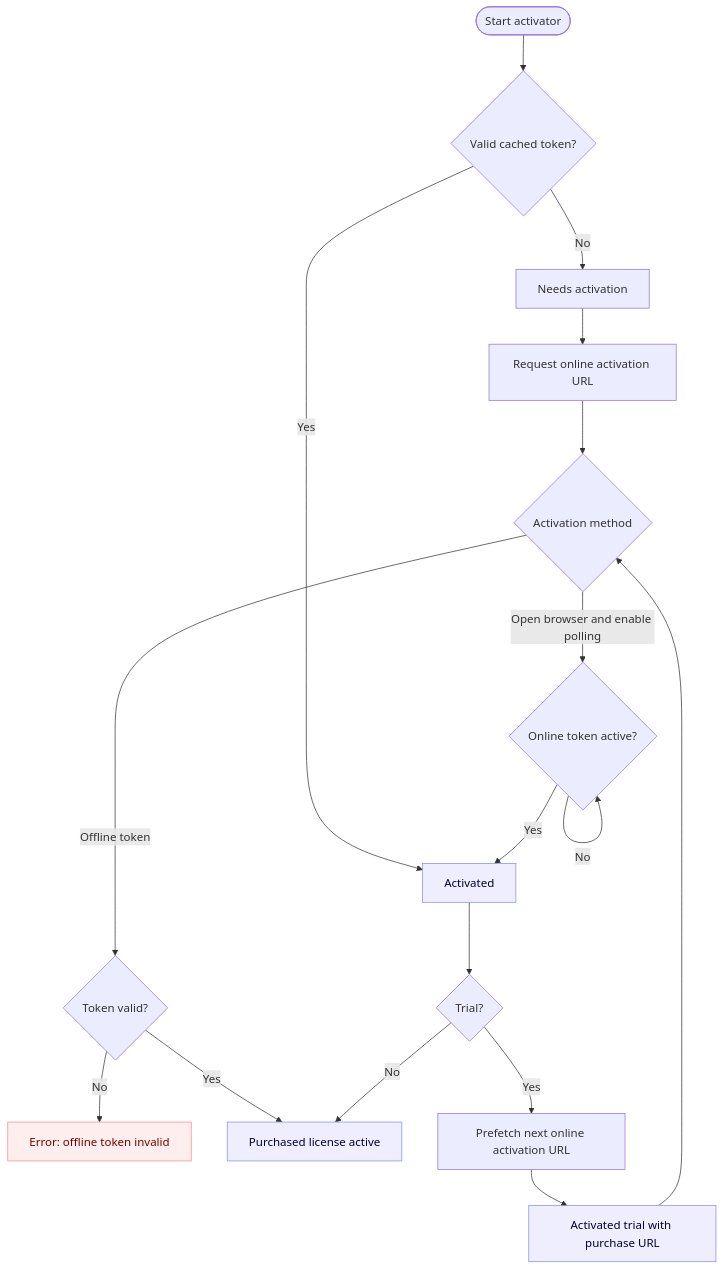
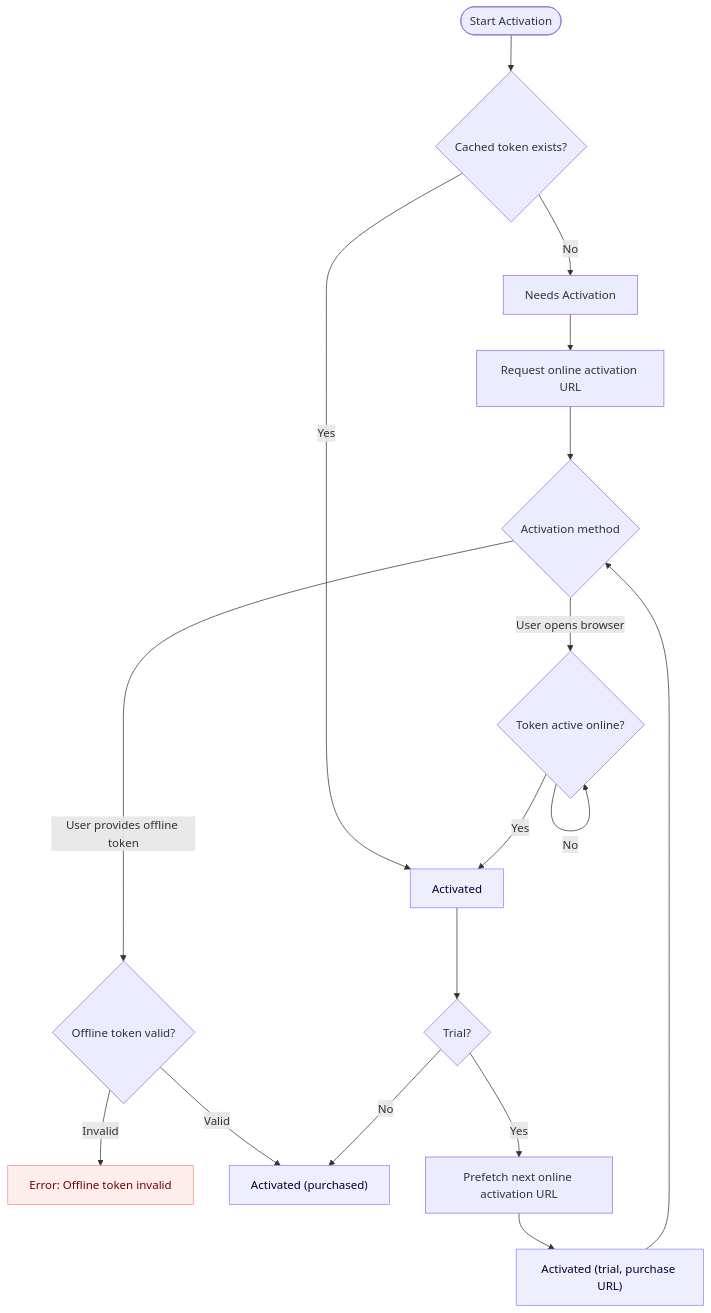
The diagram in README.md (CrushedPixel/moonbase-licensing), drawn with Mermaid before and after one commit. The commit also changed other lines of this file and 2 other files, not shown here.

Commit message:
Replace mutex system with centralized poll

````diff
--- a/README.md
+++ b/README.md
@@ -106,29 +100,29 @@
 ```mermaid
 ---
 config:
   layout: dagre
 ---
 flowchart TD
-    Start(["Start activator"]) --> Cache{"Valid cached token?"}
-    Cache -- No --> Needs["Needs activation"]
+    Start(["Start Activation"]) --> Cache{"Cached token exists?"}
+    Cache -- No --> Needs["Needs Activation"]
     Cache -- Yes --> Activated["Activated"]
     Needs --> Request["Request online activation URL"]
     Request --> Choice{"Activation method"}
-    Choice -- Offline token --> Offline{"Token valid?"}
-    Offline -- No --> Error["Error: offline token invalid"]
-    Offline -- Yes --> Paid
-    Choice -- Open browser and enable polling --> Poll{"Online token active?"}
+    Choice -- User provides offline token --> Offline{"Offline token valid?"}
+    Offline -- Invalid --> Error["Error: Offline token invalid"]
+    Offline -- Valid --> Paid
+    Choice -- User opens browser --> Poll{"Token active online?"}
     Poll -- No --> Poll
     Poll -- Yes --> Activated
     Activated --> Trial{"Trial?"}
-    Trial -- No --> Paid["Purchased license active"]
-    Trial -- Yes --> Prefetch["Prefetch next online activation URL"]
-    Prefetch --> TrialUrl["Activated trial with purchase URL"]
+    Trial -- No --> Paid["Activated (purchased)"]
+    Trial -- Yes --> Prefetch
+    Prefetch["Prefetch next online activation URL"] --> TrialUrl["Activated (trial, purchase URL)"]
     TrialUrl --> Choice
      Activated:::state
      TrialUrl:::state
      Paid:::state
      Error:::err
     classDef state fill:#eef,stroke:#88f,color:#003
     classDef err fill:#fee,stroke:#f88,color:#700
 ```
````
